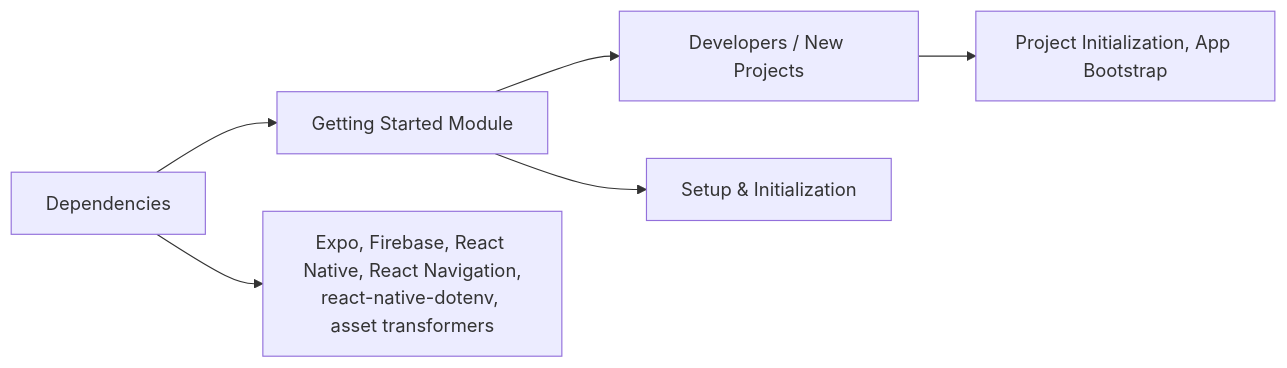
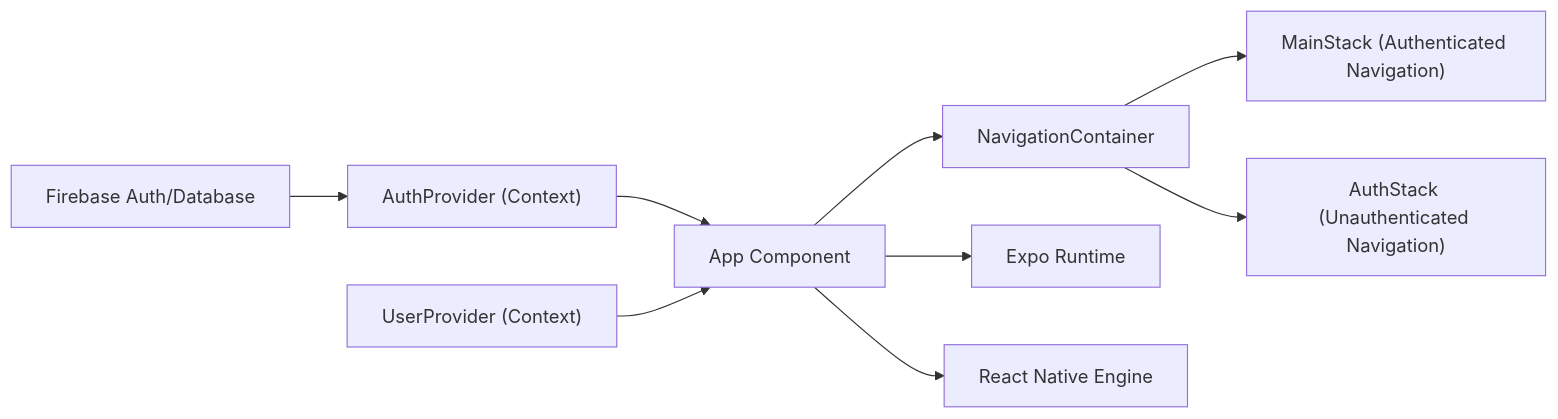
Before and after one commit to lucasboucher/Expo-Firebase-Boiler-Plate-2: the diagram in .shelfya/starter/getting-started.md, drawn with Mermaid. The commit also changed other lines of this file and 7 other files, not shown here.

````diff
--- a/.shelfya/starter/getting-started.md
+++ b/.shelfya/starter/getting-started.md
@@ -48,13 +62,10 @@
 ```mermaid
 flowchart LR
-  dependencies["Dependencies"]
-  thisModule["Getting Started Module"]
-  usedBy["Developers / New Projects"]
-
-  dependencies --> thisModule
-  dependencies --> details["Expo, Firebase, React Native, React Navigation,\nreact-native-dotenv, asset transformers"]
-  thisModule --> process["Setup & Initialization"]
-  usedBy --> consumers["Project Initialization, App Bootstrap"]
-
-  thisModule --> usedBy
+  firebase["Firebase Auth/Database"] --> AuthProvider["AuthProvider (Context)"] --> App["App Component"]
+  UserProvider["UserProvider (Context)"] --> App
+  App --> NavigationContainer["NavigationContainer"]
+  NavigationContainer --> MainStack["MainStack (Authenticated Navigation)"]
+  NavigationContainer --> AuthStack["AuthStack (Unauthenticated Navigation)"]
+  App --> ExpoRuntime["Expo Runtime"]
+  App --> ReactNative["React Native Engine"]
 ```
````
